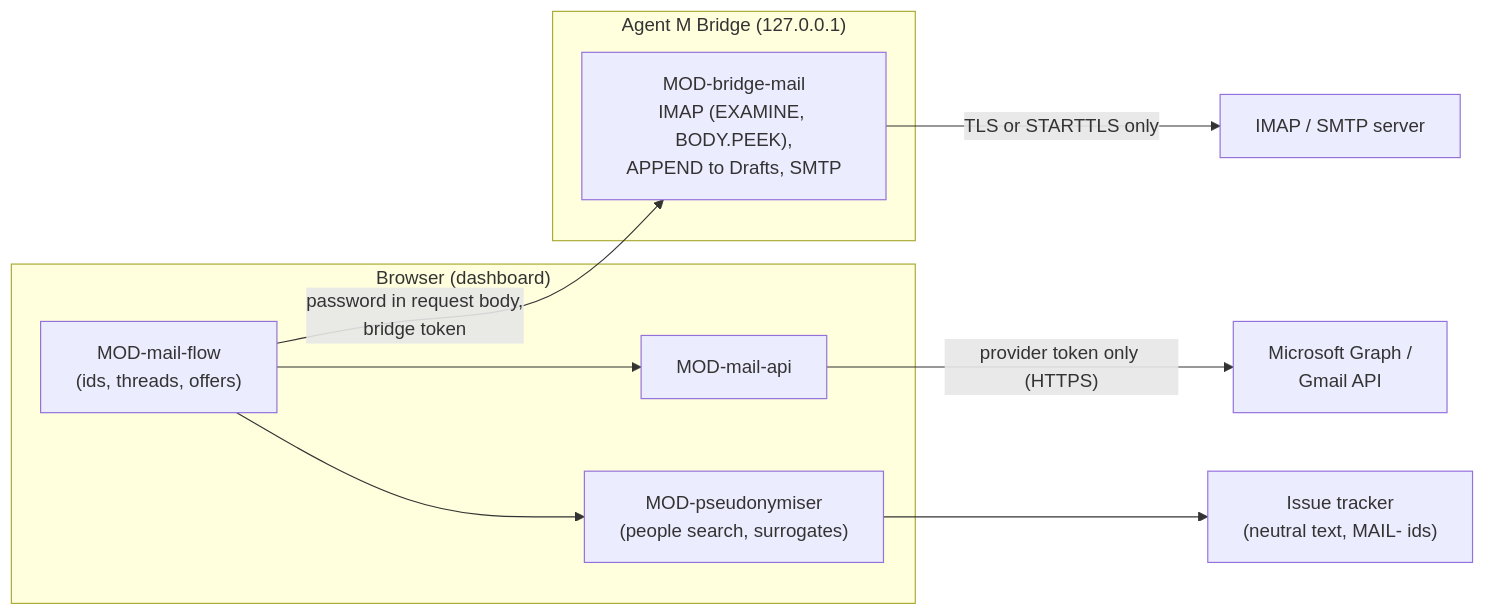
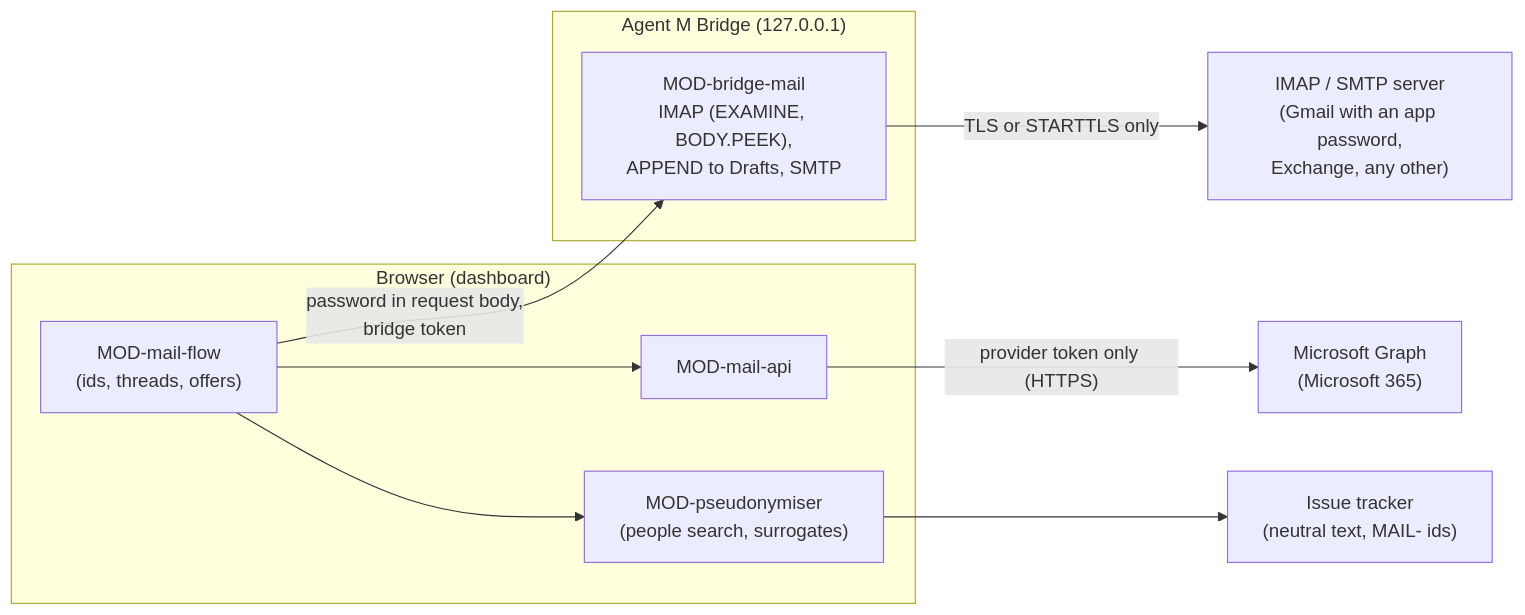
One commit to akmaier/agent-m changed the diagram in docs/architecture/ARC-014-two-mail-routes-and-pseudonymisation.md. Above: the diagram before and after it, drawn with Mermaid. The commit also changed other lines of this file and 23 other files, not shown here.

First line of the commit message:
docs(architecture): align ARC and MOD files with the SPEC, use cases and measurement of 2026-09-30

````diff
--- a/docs/architecture/ARC-014-two-mail-routes-and-pseudonymisation.md
+++ b/docs/architecture/ARC-014-two-mail-routes-and-pseudonymisation.md
@@ -45,17 +58,17 @@
 ```mermaid
 flowchart LR
     subgraph BROWSER["Browser (dashboard)"]
         FLOW["MOD-mail-flow<br/>(ids, threads, offers)"]
         PS["MOD-pseudonymiser<br/>(people search, surrogates)"]
         API["MOD-mail-api"]
     end
     subgraph BR["Agent M Bridge (127.0.0.1)"]
         BM["MOD-bridge-mail<br/>IMAP (EXAMINE, BODY.PEEK),<br/>APPEND to Drafts, SMTP"]
     end
-    G["Microsoft Graph /<br/>Gmail API"]
-    S["IMAP / SMTP server"]
+    G["Microsoft Graph<br/>(Microsoft 365)"]
+    S["IMAP / SMTP server<br/>(Gmail with an app password,<br/>Exchange, any other)"]
     IT["Issue tracker<br/>(neutral text, MAIL- ids)"]
     FLOW --> API -->|"provider token only (HTTPS)"| G
     FLOW -->|"password in request body,<br/>bridge token"| BM -->|"TLS or STARTTLS only"| S
     FLOW --> PS --> IT
 ```
````
